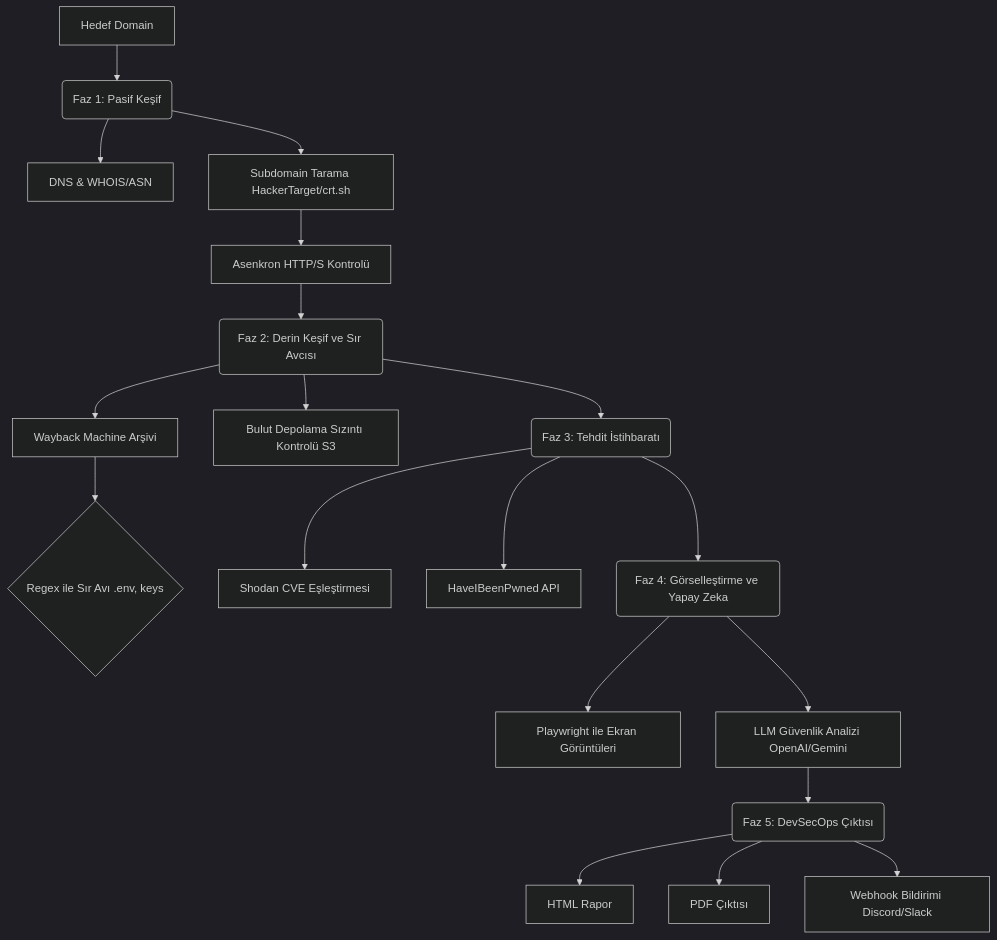
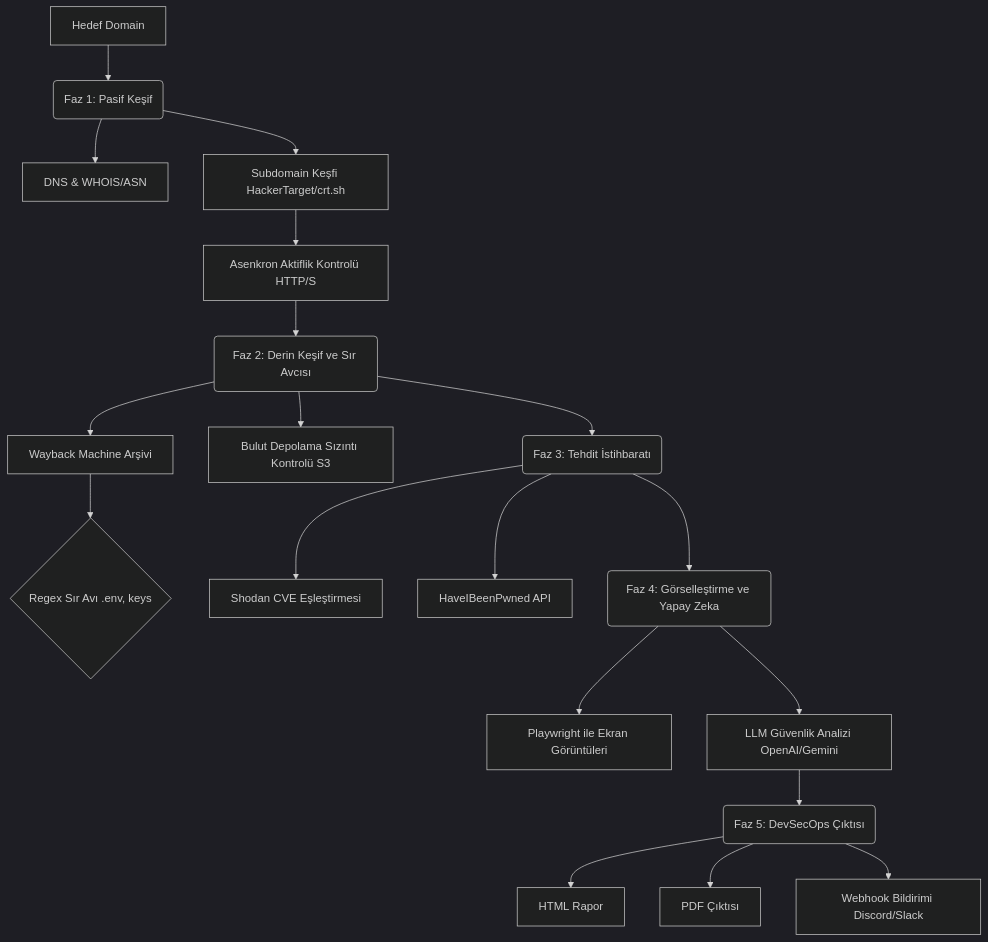
One commit to 12Fermata12/SenfoniScan changed the diagram in README_tr.md. Above: the diagram before and after it, drawn with Mermaid (dark theme). The commit also changed other lines of this file and 2 other files, not shown here.

````diff
--- a/README_tr.md
+++ b/README_tr.md
@@ -36,25 +37,25 @@
 ```mermaid
 graph TD;
     A[Hedef Domain] --> B(Faz 1: Pasif Keşif);
     B --> C[DNS & WHOIS/ASN];
-    B --> D[Subdomain Tarama HackerTarget/crt.sh];
-    D --> E[Asenkron HTTP/S Kontrolü];
+    B --> D[Subdomain Keşfi HackerTarget/crt.sh];
+    D --> E[Asenkron Aktiflik Kontrolü HTTP/S];
     
     E --> F(Faz 2: Derin Keşif ve Sır Avcısı);
     F --> G[Wayback Machine Arşivi];
-    G --> H{Regex ile Sır Avı .env, keys};
+    G --> H{Regex Sır Avı .env, keys};
     F --> I[Bulut Depolama Sızıntı Kontrolü S3];
     
     F --> J(Faz 3: Tehdit İstihbaratı);
     J --> K[Shodan CVE Eşleştirmesi];
     J --> L[HaveIBeenPwned API];
     
     J --> M(Faz 4: Görselleştirme ve Yapay Zeka);
     M --> N[Playwright ile Ekran Görüntüleri];
     M --> O[LLM Güvenlik Analizi OpenAI/Gemini];
     
     O --> P(Faz 5: DevSecOps Çıktısı);
     P --> Q[HTML Rapor];
     P --> R[PDF Çıktısı];
     P --> S[Webhook Bildirimi Discord/Slack];
 ```
````
